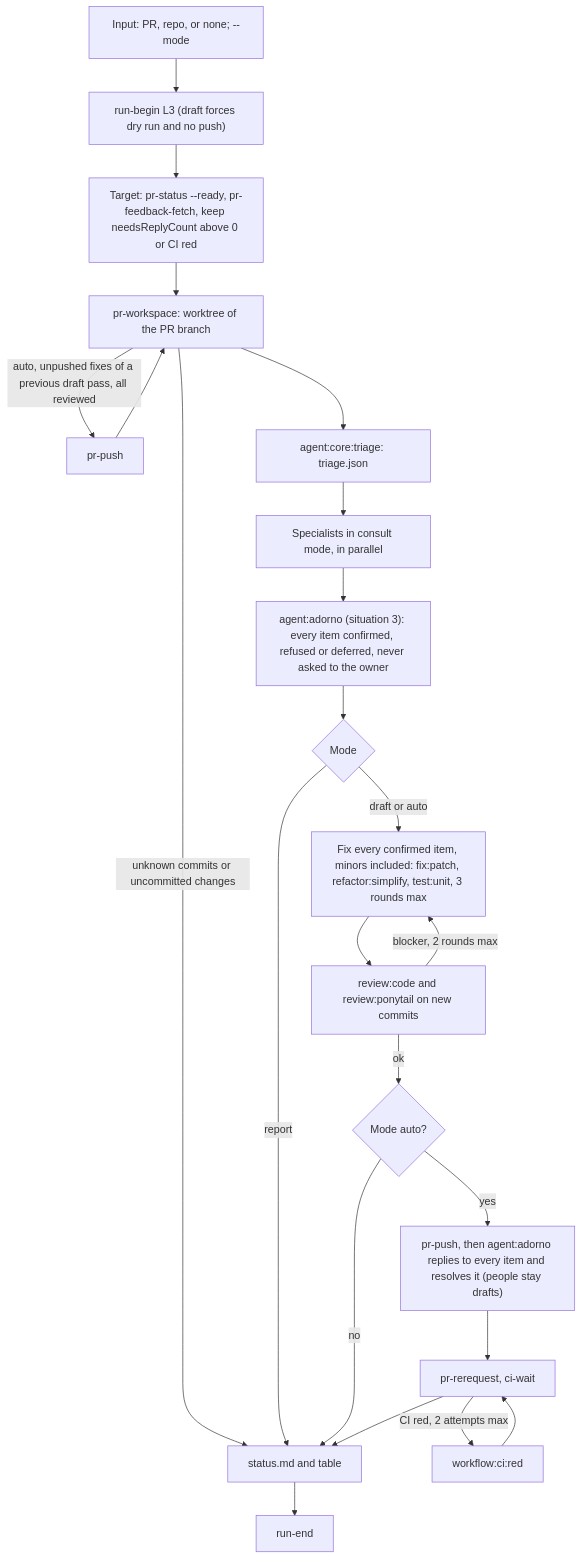
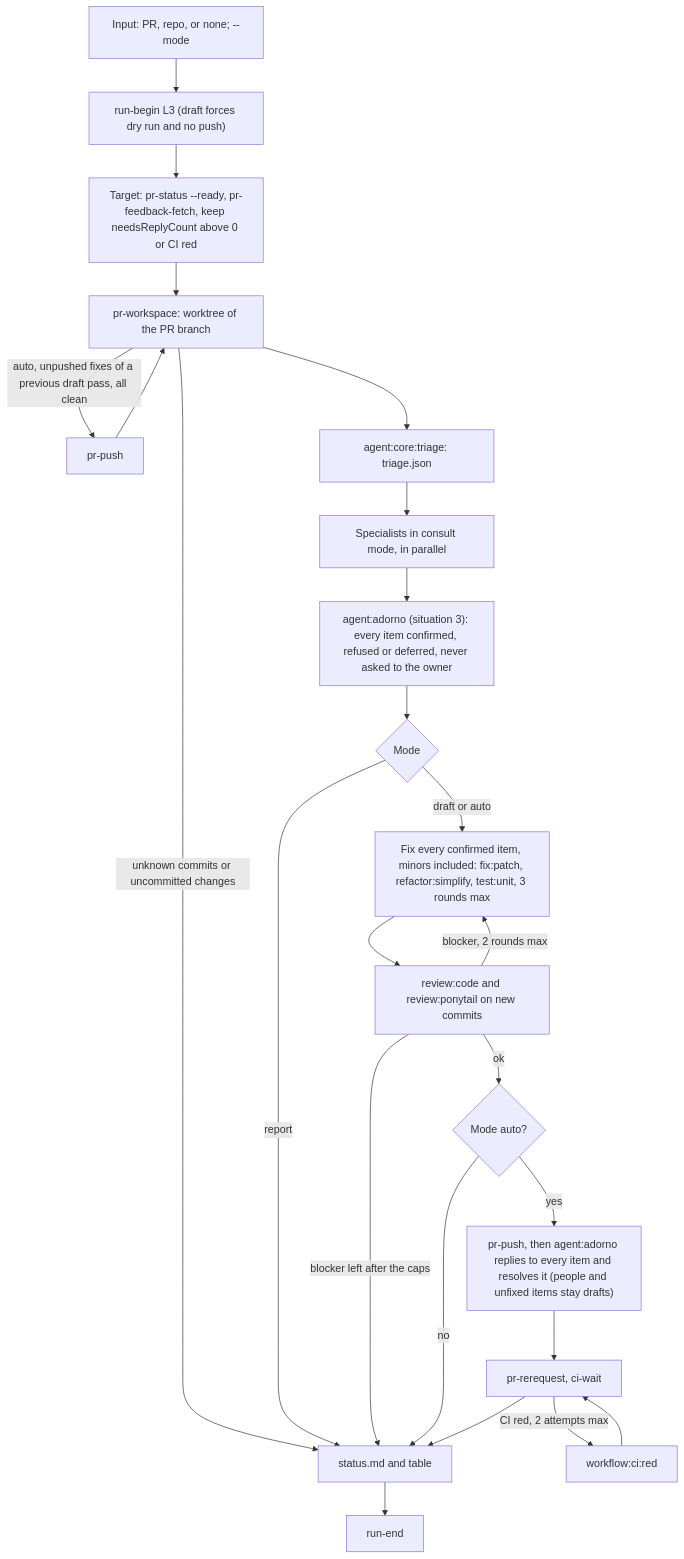
The first of 2 diagrams in src/workflows/review/SCHEMA.md (nicolasmondain/adorno), drawn with Mermaid before and after one commit. The commit also changed 11 other files, not shown here.

````diff
--- a/src/workflows/review/SCHEMA.md
+++ b/src/workflows/review/SCHEMA.md
@@ -5,25 +5,26 @@
 ```mermaid
 flowchart TD
   A["Input: PR, repo, or none; --mode"] --> B["run-begin L3 (draft forces dry run and no push)"]
   B --> C["Target: pr-status --ready, pr-feedback-fetch, keep needsReplyCount above 0 or CI red"]
   C --> D["pr-workspace: worktree of the PR branch"]
-  D -->|"auto, unpushed fixes of a previous draft pass, all reviewed"| DP["pr-push"]
+  D -->|"auto, unpushed fixes of a previous draft pass, all clean"| DP["pr-push"]
   DP --> D
   D -->|"unknown commits or uncommitted changes"| N
   D --> E["agent:core:triage: triage.json"]
   E --> F["Specialists in consult mode, in parallel"]
   F --> G["agent:adorno (situation 3): every item confirmed, refused or deferred, never asked to the owner"]
   G --> H{"Mode"}
   H -->|"report"| N["status.md and table"]
   H -->|"draft or auto"| I["Fix every confirmed item, minors included: fix:patch, refactor:simplify, test:unit, 3 rounds max"]
   I --> J["review:code and review:ponytail on new commits"]
   J -->|"blocker, 2 rounds max"| I
+  J -->|"blocker left after the caps"| N
   J -->|"ok"| K{"Mode auto?"}
   K -->|"no"| N
-  K -->|"yes"| L["pr-push, then agent:adorno replies to every item and resolves it (people stay drafts)"]
+  K -->|"yes"| L["pr-push, then agent:adorno replies to every item and resolves it (people and unfixed items stay drafts)"]
   L --> M["pr-rerequest, ci-wait"]
   M -->|"CI red, 2 attempts max"| R["workflow:ci:red"]
   R --> M
   M --> N
   N --> O["run-end"]
 ```
````
